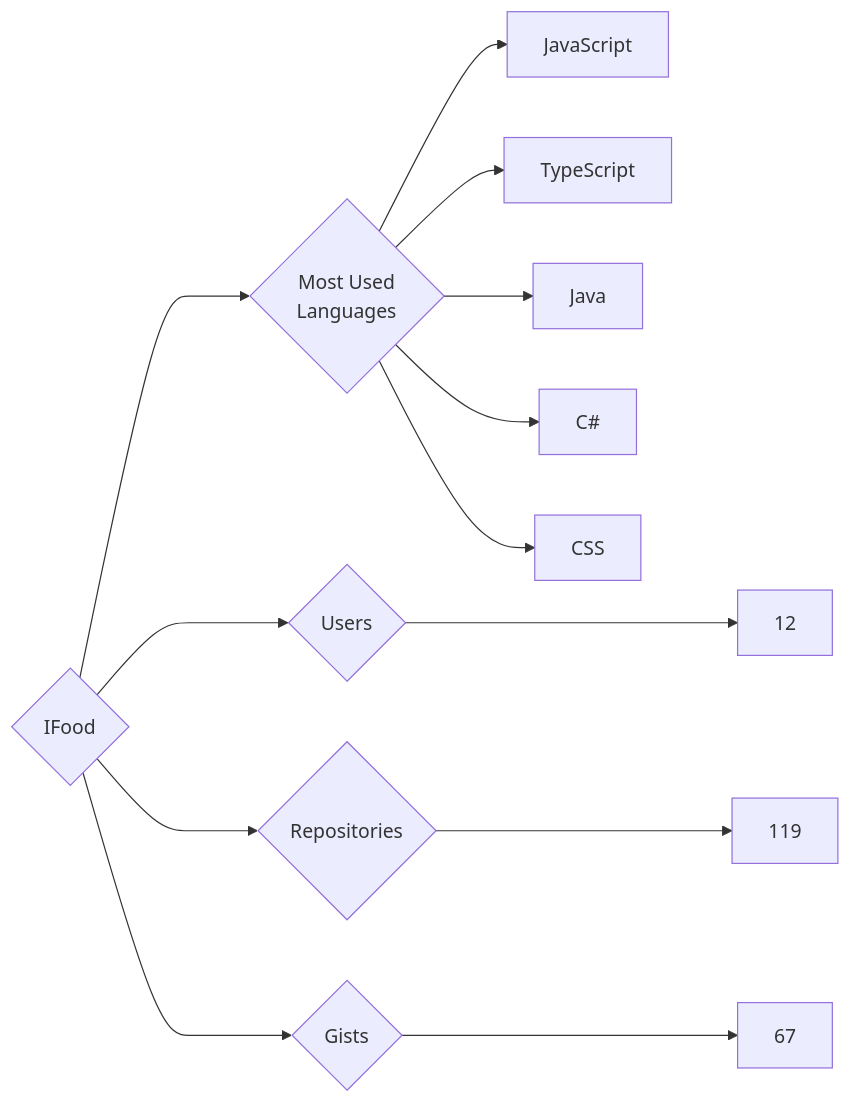
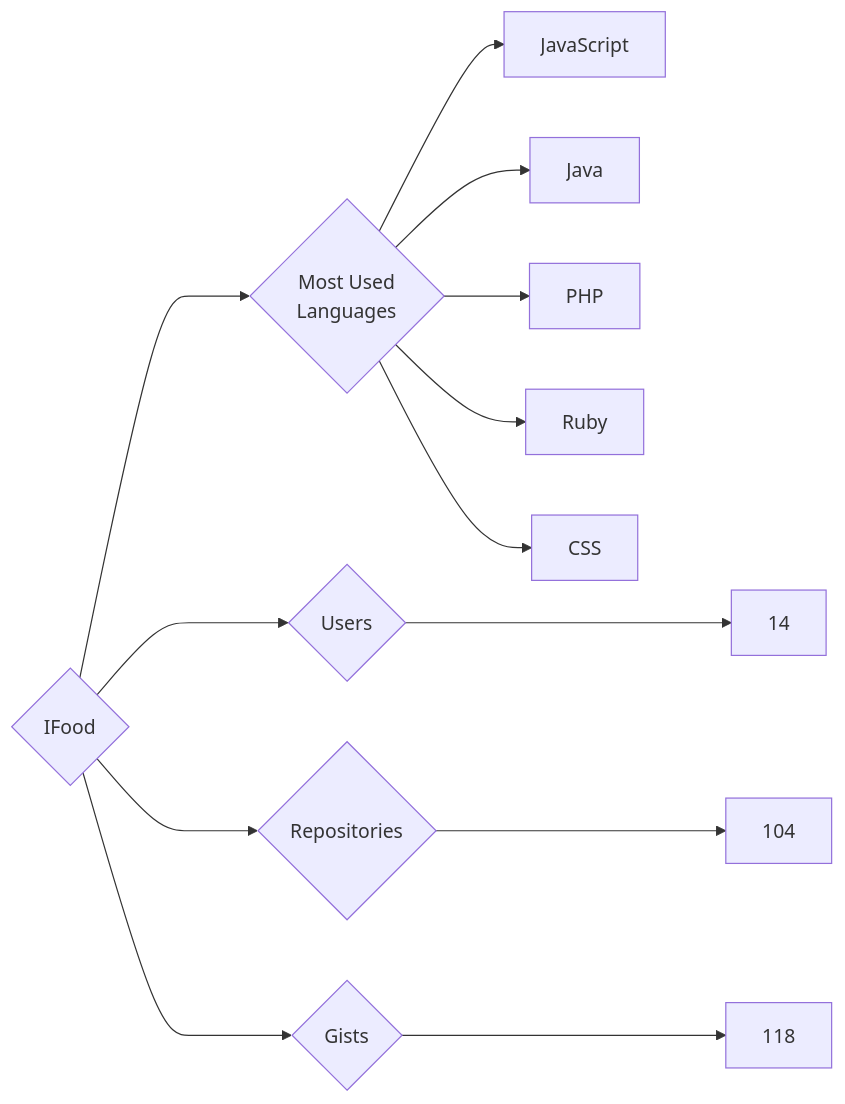
One commit to trickest/insiders changed the diagram in targets/IFood/README.md. Above: the diagram before and after it, drawn with Mermaid. The commit also changed 1092 other files, not shown here.

````diff
--- a/targets/IFood/README.md
+++ b/targets/IFood/README.md
@@ -3,13 +3,13 @@
 ```mermaid
 graph LR
 COMPANY_NAME{IFood}
-COMPANY_NAME ---> U{Users} ---> UN[12]
-COMPANY_NAME ---> R{Repositories} ---> RN[119]
-COMPANY_NAME ---> G{Gists} ---> GN[67]
+COMPANY_NAME ---> U{Users} ---> UN[14]
+COMPANY_NAME ---> R{Repositories} ---> RN[104]
+COMPANY_NAME ---> G{Gists} ---> GN[118]
 COMPANY_NAME ---> ML{Most Used<br>Languages}
 ML --> JavaScript[JavaScript]
-ML --> TypeScript[TypeScript]
 ML --> Java[Java]
-ML --> C#[C#]
+ML --> PHP[PHP]
+ML --> Ruby[Ruby]
 ML --> CSS[CSS]
 ```
````
